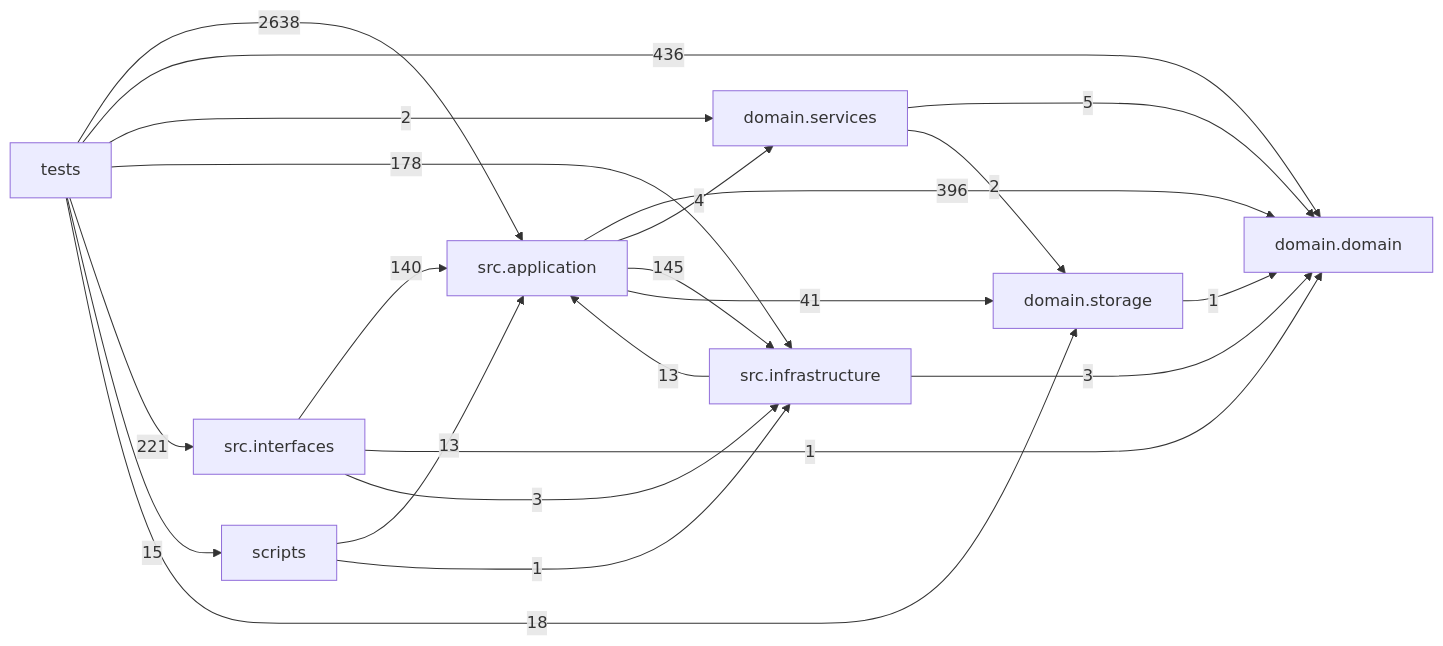
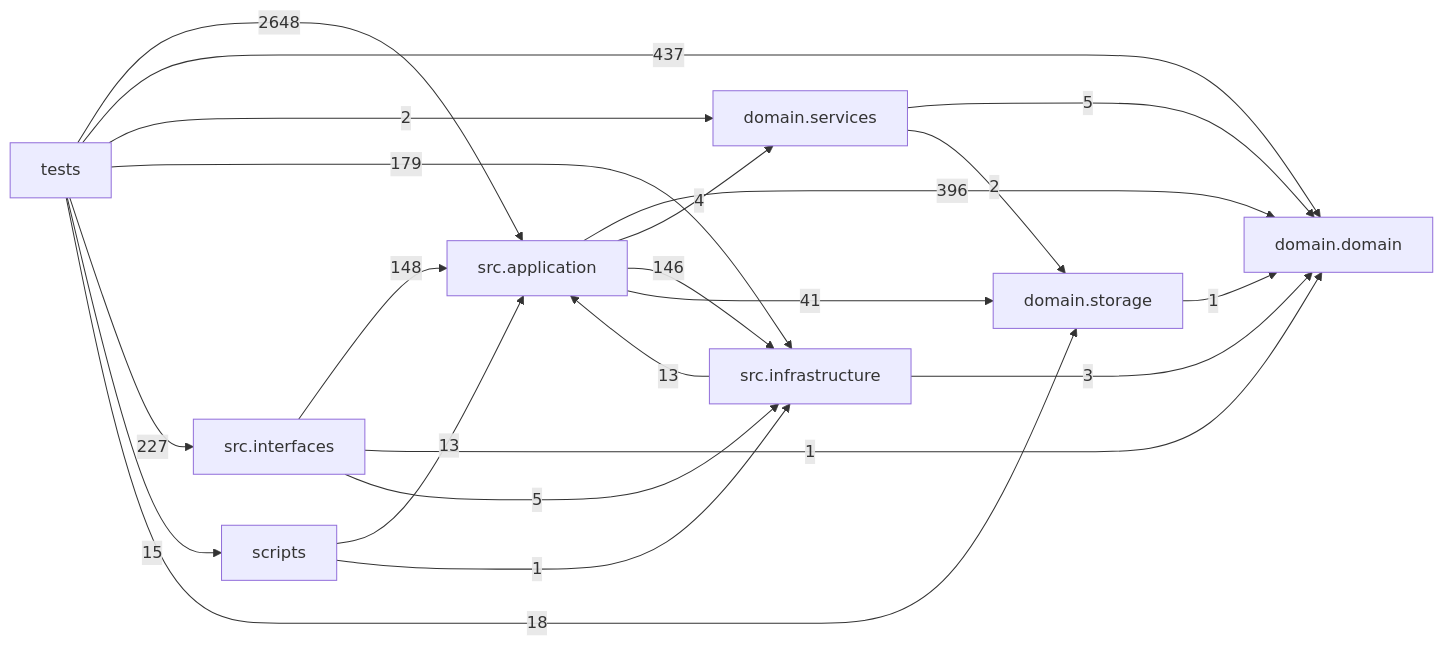
One commit to liuxie066/options-monitor changed the diagram in docs/DEPENDENCY_GRAPH.md. Above: the diagram before and after it, drawn with Mermaid. The commit also changed other lines of this file and 12 other files, not shown here.

````diff
--- a/docs/DEPENDENCY_GRAPH.md
+++ b/docs/DEPENDENCY_GRAPH.md
@@ -24,32 +24,32 @@
 ```mermaid
 flowchart LR
   tests["tests"]
   scripts["scripts"]
   interfaces["src.interfaces"]
   application["src.application"]
   infrastructure["src.infrastructure"]
   domain_services["domain.services"]
   domain["domain.domain"]
   storage["domain.storage"]
   application -->|396| domain
   application -->|4| domain_services
-  application -->|145| infrastructure
+  application -->|146| infrastructure
   application -->|41| storage
   domain_services -->|5| domain
   domain_services -->|2| storage
   infrastructure -->|13| application
   infrastructure -->|3| domain
-  interfaces -->|140| application
+  interfaces -->|148| application
   interfaces -->|1| domain
-  interfaces -->|3| infrastructure
+  interfaces -->|5| infrastructure
   scripts -->|13| application
   scripts -->|1| infrastructure
   storage -->|1| domain
-  tests -->|2638| application
-  tests -->|436| domain
+  tests -->|2648| application
+  tests -->|437| domain
   tests -->|2| domain_services
-  tests -->|178| infrastructure
-  tests -->|221| interfaces
+  tests -->|179| infrastructure
+  tests -->|227| interfaces
   tests -->|15| scripts
   tests -->|18| storage
 ```
````
